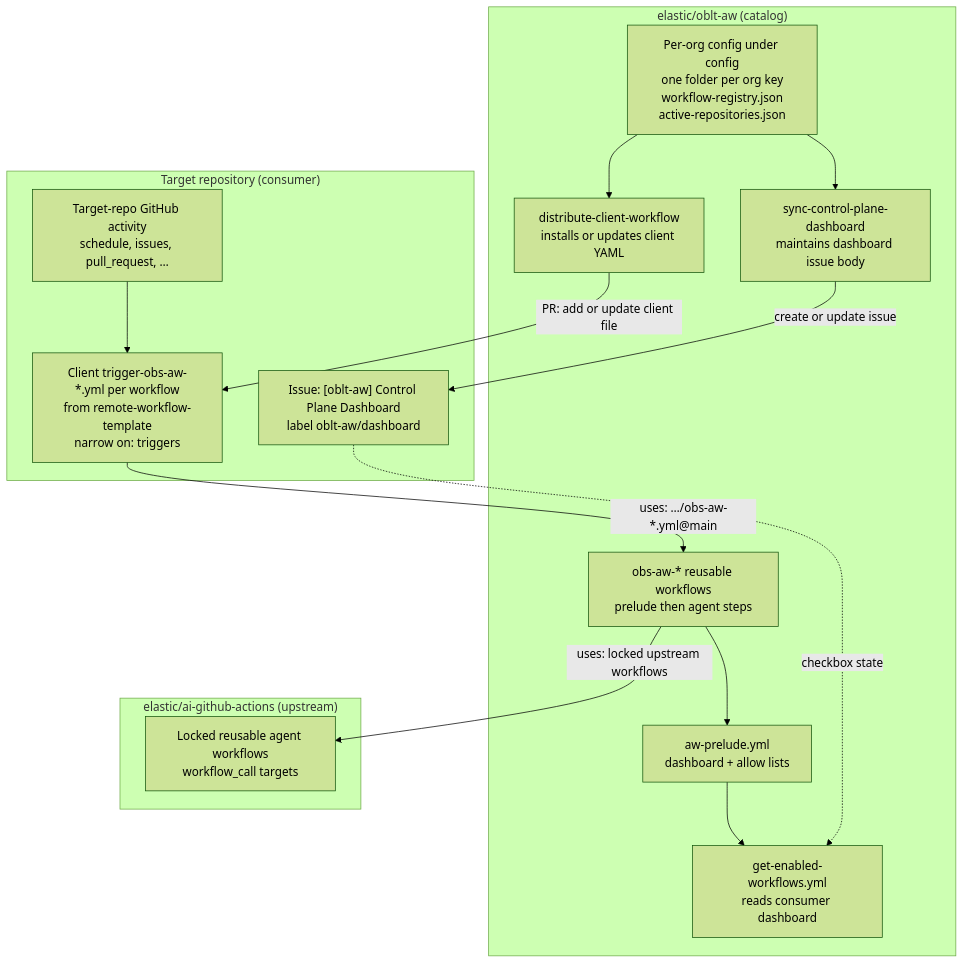
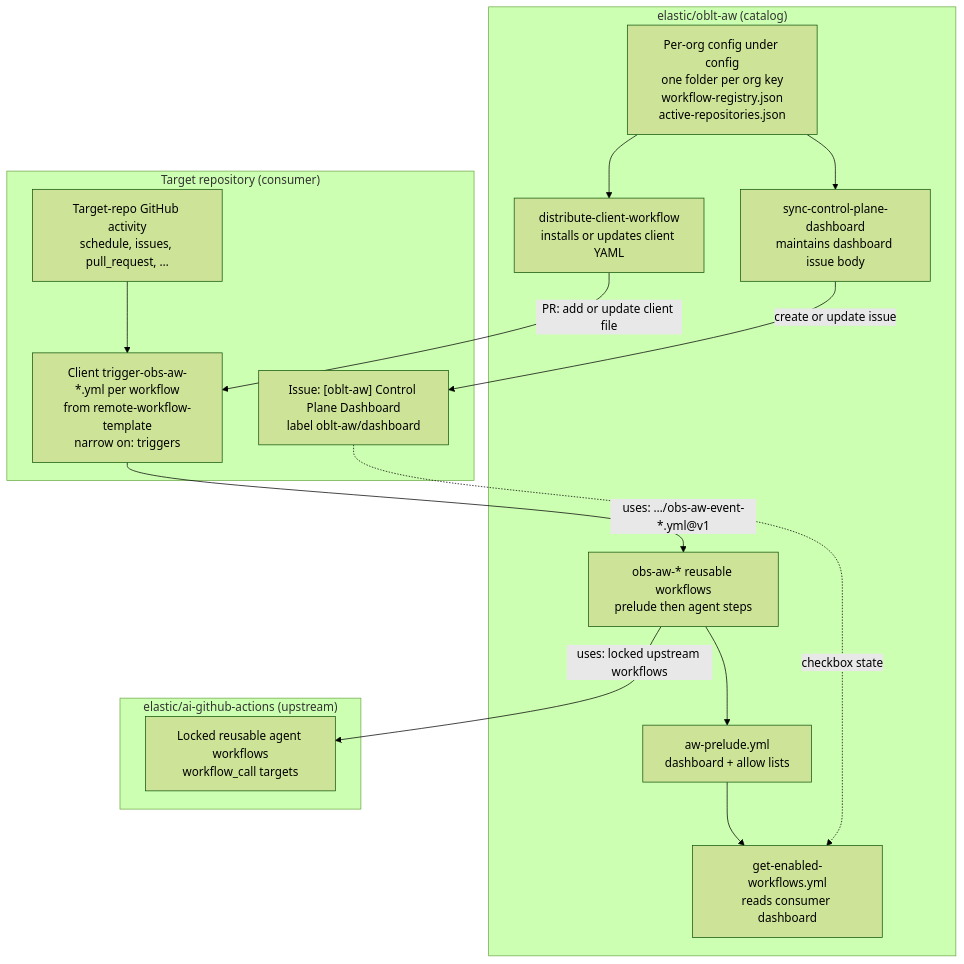
Before and after one commit to elastic/oblt-aw: the first of 4 diagrams in docs/architecture/overview.md, drawn with Mermaid (forest theme). The commit also changed other lines of this file and 49 other files, not shown here.

````diff
--- a/docs/architecture/overview.md
+++ b/docs/architecture/overview.md
@@ -48,32 +48,32 @@
 ```mermaid
 flowchart TB
   subgraph OBLT["elastic/oblt-aw (catalog)"]
     CFG["Per-org config under config\none folder per org key\nworkflow-registry.json\nactive-repositories.json"]
     DIST["distribute-client-workflow\ninstalls or updates client YAML"]
     SYNC["sync-control-plane-dashboard\nmaintains dashboard issue body"]
     PRE["aw-prelude.yml\ndashboard + allow lists"]
     GET["get-enabled-workflows.yml\nreads consumer dashboard"]
     GHA["obs-aw-* reusable workflows\nprelude then agent steps"]
     CFG --> DIST
     CFG --> SYNC
     PRE --> GET
     GHA --> PRE
   end
 
   subgraph UP["elastic/ai-github-actions (upstream)"]
     LOCK["Locked reusable agent workflows\nworkflow_call targets"]
   end
 
   subgraph CON["Target repository (consumer)"]
     EVT["Target-repo GitHub activity\nschedule, issues, pull_request, …"]
     CLIENT["Client trigger-obs-aw-*.yml per workflow\nfrom remote-workflow-template\nnarrow on: triggers"]
     DASH["Issue: [oblt-aw] Control Plane Dashboard\nlabel oblt-aw/dashboard"]
     EVT --> CLIENT
     DASH -.->|checkbox state| GET
   end
 
   DIST -->|PR: add or update client file| CLIENT
   SYNC -->|create or update issue| DASH
-  CLIENT -->|uses: …/obs-aw-*.yml@main| GHA
+  CLIENT -->|uses: …/obs-aw-event-*.yml@v1| GHA
   GHA -->|uses: locked upstream workflows| LOCK
 ```
````
